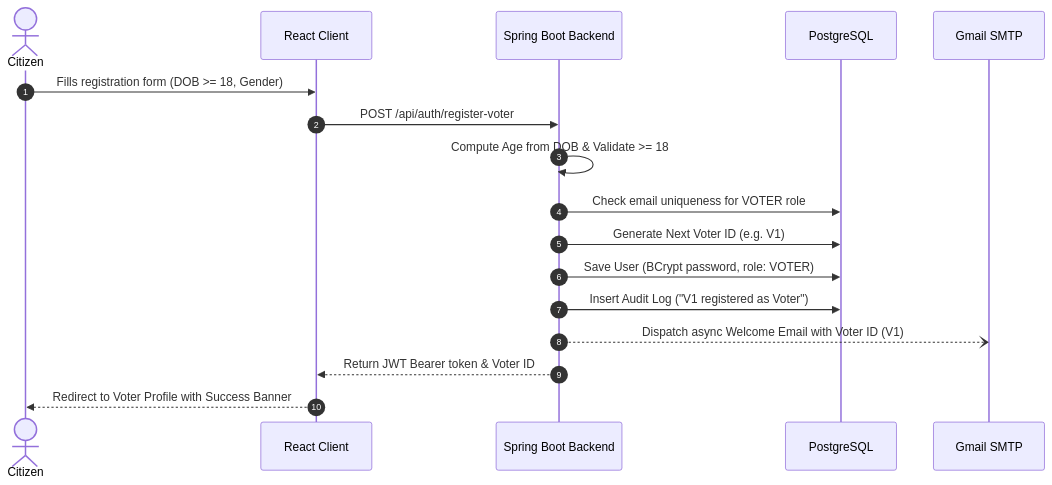
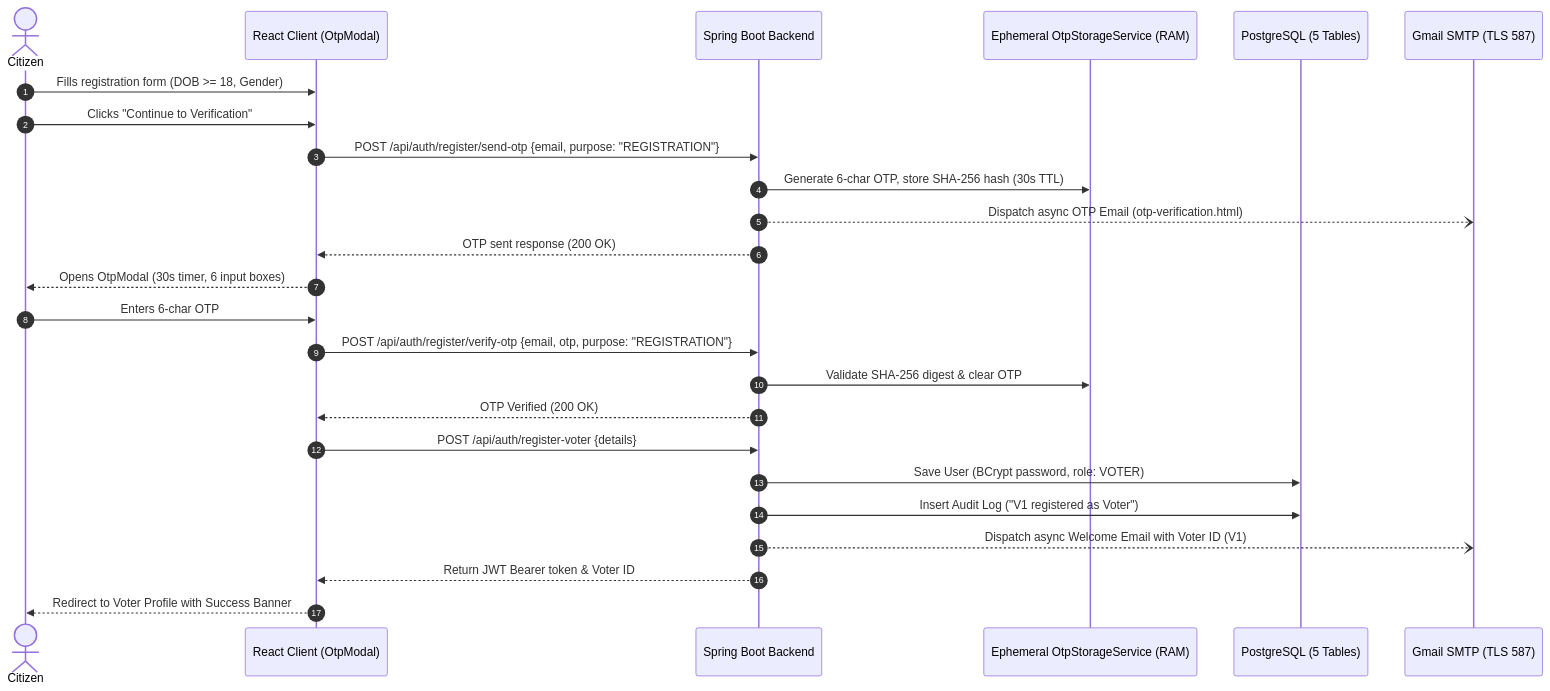
One commit to chintadavasudharini/OnlineVotingSystem changed the first of 2 diagrams in voter.md. Above: the diagram before and after it, drawn with Mermaid. The commit also changed other lines of this file and 42 other files, not shown here.

````diff
--- a/voter.md
+++ b/voter.md
@@ -61,20 +67,28 @@
 ```mermaid
 sequenceDiagram
     autonumber
     actor Voter as Citizen
-    participant UI as React Client
+    participant UI as React Client (OtpModal)
     participant API as Spring Boot Backend
-    participant DB as PostgreSQL
-    participant Mail as Gmail SMTP
+    participant OtpEngine as Ephemeral OtpStorageService (RAM)
+    participant DB as PostgreSQL (5 Tables)
+    participant Mail as Gmail SMTP (TLS 587)
 
     Voter->>UI: Fills registration form (DOB >= 18, Gender)
-    UI->>API: POST /api/auth/register-voter
-    API->>API: Compute Age from DOB & Validate >= 18
-    API->>DB: Check email uniqueness for VOTER role
-    API->>DB: Generate Next Voter ID (e.g. V1)
+    Voter->>UI: Clicks "Continue to Verification"
+    UI->>API: POST /api/auth/register/send-otp {email, purpose: "REGISTRATION"}
+    API->>OtpEngine: Generate 6-char OTP, store SHA-256 hash (30s TTL)
+    API--)Mail: Dispatch async OTP Email (otp-verification.html)
+    API-->>UI: OTP sent response (200 OK)
+    UI-->>Voter: Opens OtpModal (30s timer, 6 input boxes)
+    Voter->>UI: Enters 6-char OTP
+    UI->>API: POST /api/auth/register/verify-otp {email, otp, purpose: "REGISTRATION"}
+    API->>OtpEngine: Validate SHA-256 digest & clear OTP
+    API-->>UI: OTP Verified (200 OK)
+    UI->>API: POST /api/auth/register-voter {details}
     API->>DB: Save User (BCrypt password, role: VOTER)
     API->>DB: Insert Audit Log ("V1 registered as Voter")
     API--)Mail: Dispatch async Welcome Email with Voter ID (V1)
     API-->>UI: Return JWT Bearer token & Voter ID
     UI-->>Voter: Redirect to Voter Profile with Success Banner
 ```
````
